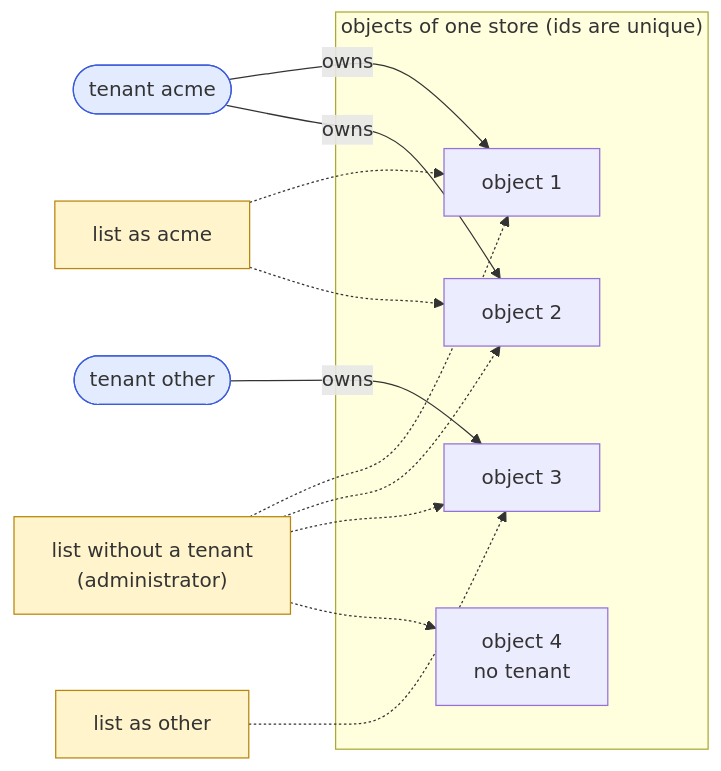
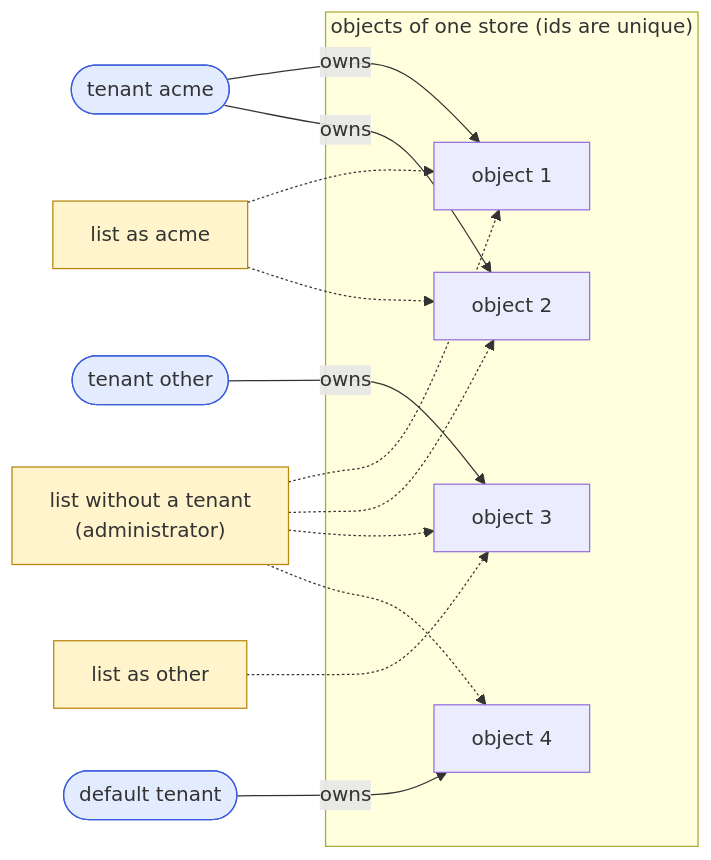
Before and after one commit to rawstor/librawstor: the first of 3 diagrams in docs/tenants.md, drawn with Mermaid. The commit also changed other lines of this file and 37 other files, not shown here.

First line of the commit message:
add(tenants): a default tenant, --tenant for list and create, a filter before the page

````diff
--- a/docs/tenants.md
+++ b/docs/tenants.md
@@ -46,26 +55,27 @@
 ```mermaid
 flowchart LR
     subgraph objects["objects of one store (ids are unique)"]
         o1["object 1"]
         o2["object 2"]
         o3["object 3"]
-        o4["object 4<br/>no tenant"]
+        o4["object 4"]
     end
 
     acme(["tenant acme"]) -- owns --> o1
     acme -- owns --> o2
     other(["tenant other"]) -- owns --> o3
+    fallback(["default tenant"]) -- owns --> o4
 
     la["list as acme"] -.-> o1
     la -.-> o2
     lo["list as other"] -.-> o3
     ladmin["list without a tenant<br/>(administrator)"] -.-> o1
     ladmin -.-> o2
     ladmin -.-> o3
     ladmin -.-> o4
 
     classDef tenant fill:#e3ecff,stroke:#3b5bdb
     classDef view fill:#fff4cc,stroke:#b8860b
-    class acme,other tenant
+    class acme,other,fallback tenant
     class la,lo,ladmin view
 ```
````
